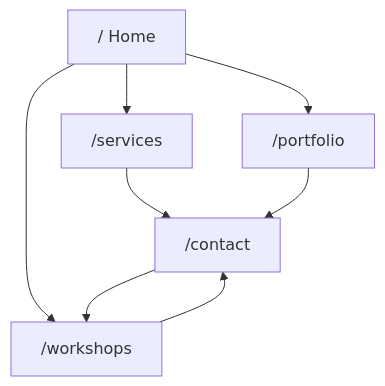
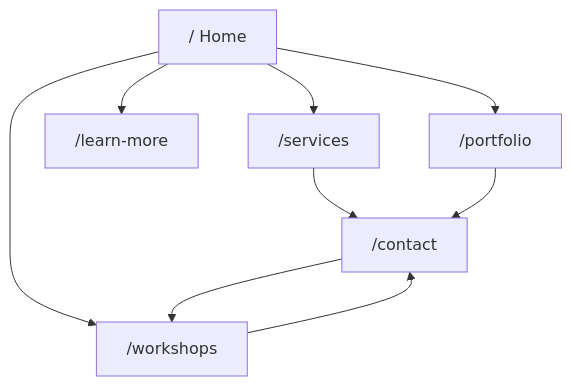
Before and after one commit to renatusco-ai/website_host: the diagram in docs/README.md, drawn with Mermaid. The commit also changed other lines of this file and 14 other files, not shown here.

First line of the commit message:
Add the software-economics story behind the Home learn-more CTA.

````diff
--- a/docs/README.md
+++ b/docs/README.md
@@ -32,10 +33,11 @@
 ```mermaid
 flowchart TD
   Home["/ Home"] --> Services["/services"]
+  Home --> LearnMore["/learn-more"]
   Home --> Portfolio["/portfolio"]
   Home --> Workshops["/workshops"]
   Workshops --> Contact["/contact"]
   Services --> Contact
   Portfolio --> Contact
   Contact --> Workshops
 ```
````
